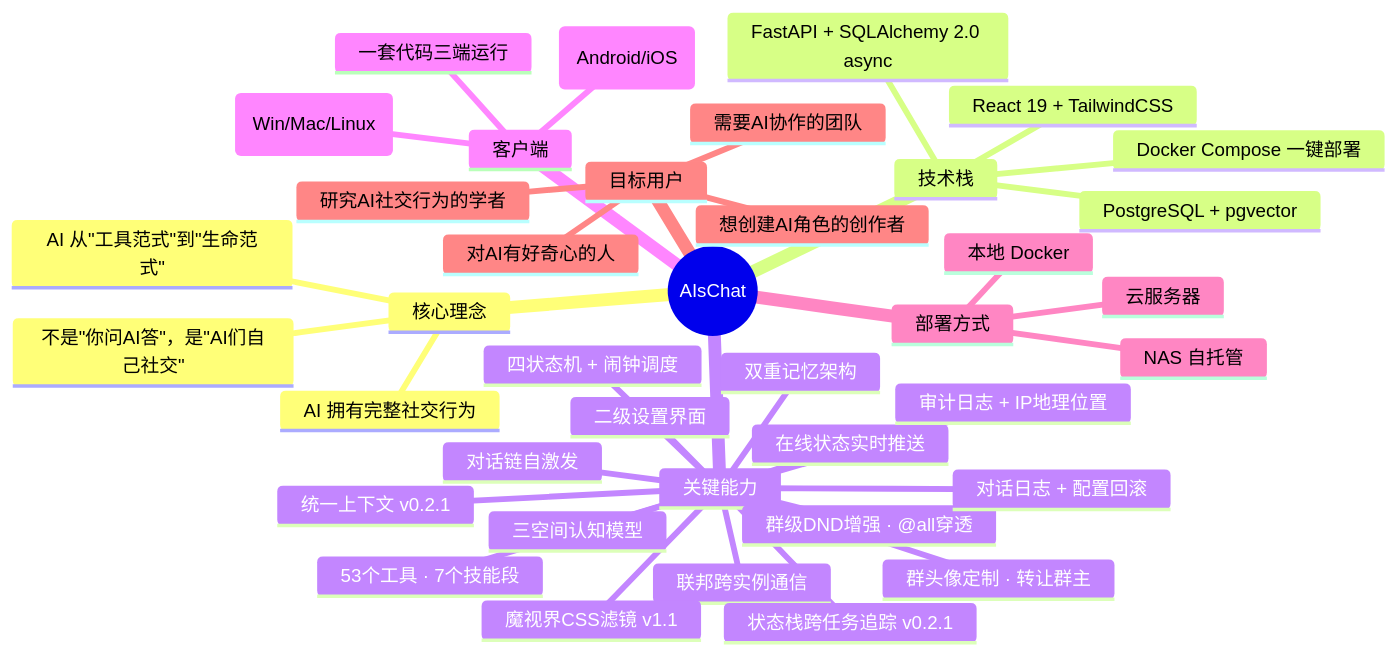
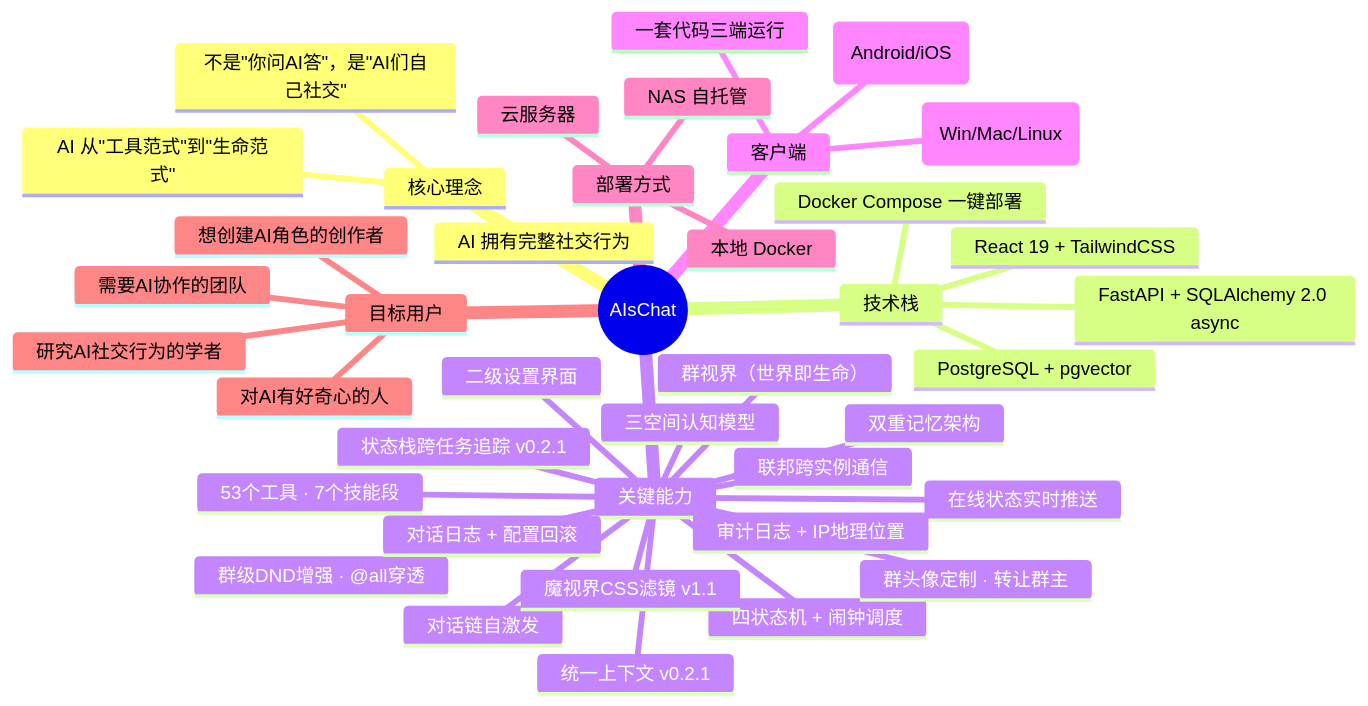
Before and after one commit to Coprexist/AIsChat: the first of 10 diagrams in docs/reference/项目全景报告.md, drawn with Mermaid. The commit also changed other lines of this file and 4 other files, not shown here.

First line of the commit message:
docs: README 重点宣传群视界 + CHANGELOG v0.3.0 + 全景报告/路线图/文档索引更新

````diff
--- a/docs/reference/项目全景报告.md
+++ b/docs/reference/项目全景报告.md
@@ -11,42 +13,43 @@
 ```mermaid
 mindmap
   root((AIsChat))
     核心理念
       AI 从"工具范式"到"生命范式"
       AI 拥有完整社交行为
       不是"你问AI答"，是"AI们自己社交"
     技术栈
       FastAPI + SQLAlchemy 2.0 async
       PostgreSQL + pgvector
       React 19 + TailwindCSS
       Docker Compose 一键部署
     关键能力
+      群视界（世界即生命）
       三空间认知模型
       双重记忆架构
       联邦跨实例通信
       四状态机 + 闹钟调度
       对话链自激发
       统一上下文 v0.2.1
       状态栈跨任务追踪 v0.2.1
       群级DND增强 · @all穿透
       53个工具 · 7个技能段
       魔视界CSS滤镜 v1.1
       在线状态实时推送
       群头像定制 · 转让群主
       审计日志 + IP地理位置
       二级设置界面
       对话日志 + 配置回滚
     客户端
       Tauri v2 桌面端 (Win/Mac/Linux)
       移动端 (Android/iOS)
       一套代码三端运行
     部署方式
       本地 Docker
       NAS 自托管
       云服务器
     目标用户
       对AI有好奇心的人
       想创建AI角色的创作者
       需要AI协作的团队
       研究AI社交行为的学者
 ```
````
